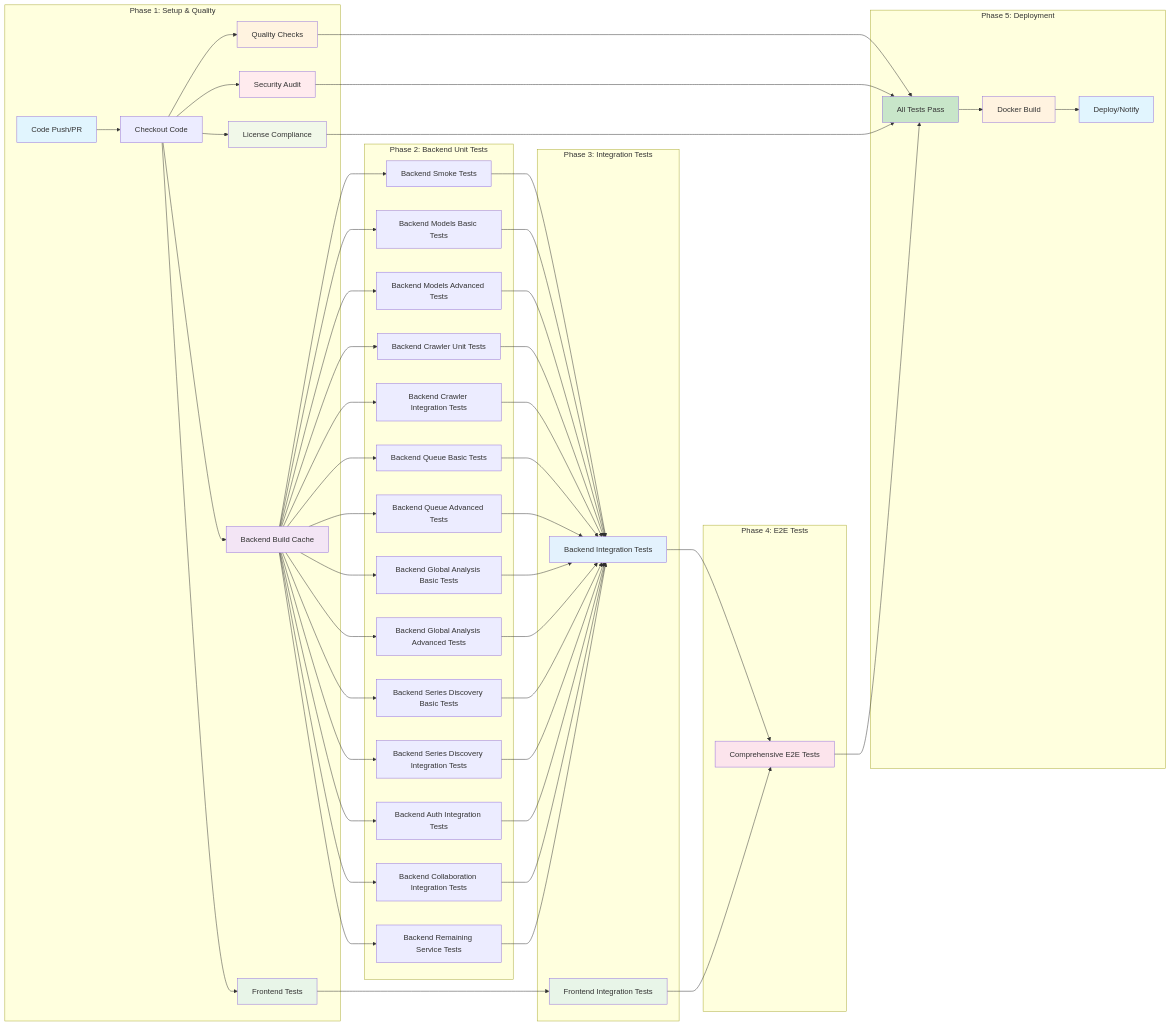
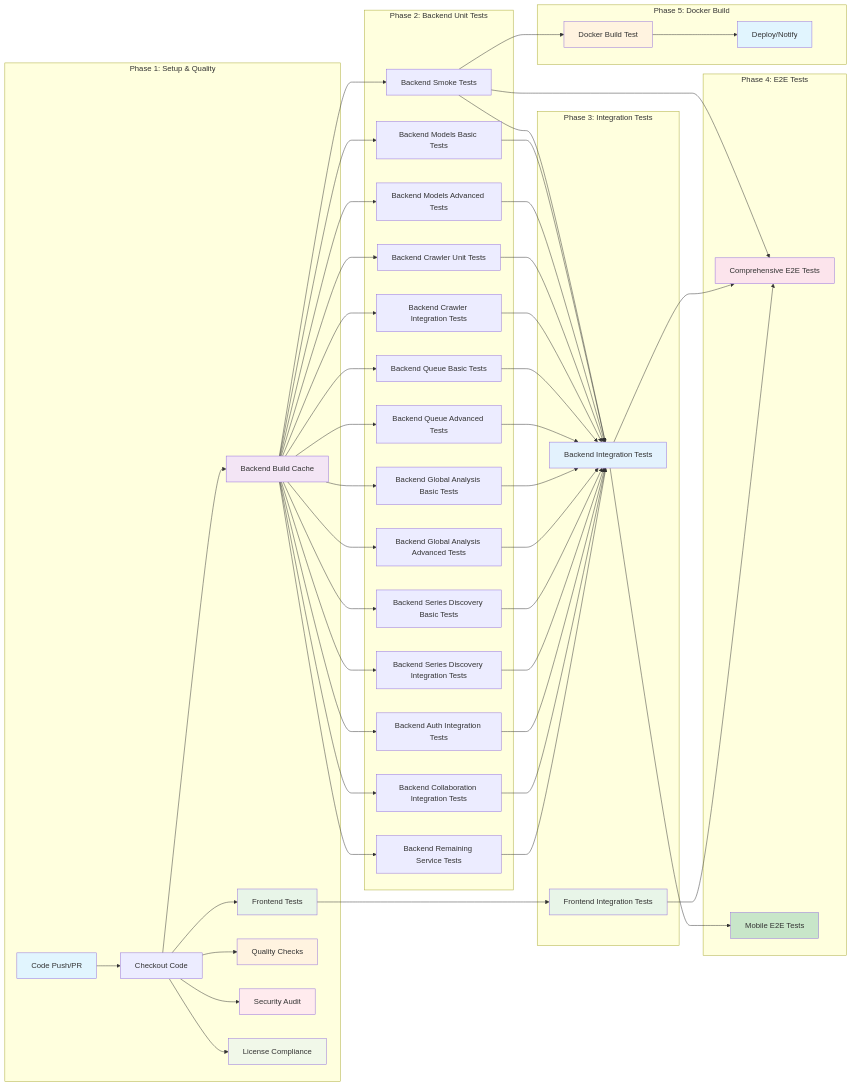
Before and after one commit to jmalicki/econ-graph: the diagram in ci/docs/diagrams/complete-ci-pipeline.mmd, drawn with Mermaid. The commit also changed 4 other files, not shown here.

```diff
--- a/ci/docs/diagrams/complete-ci-pipeline.mmd
+++ b/ci/docs/diagrams/complete-ci-pipeline.mmd
@@ -1,73 +1,70 @@
 graph LR
     subgraph "Phase 1: Setup & Quality"
         A[Code Push/PR] --> B[Checkout Code]
         B --> C[Backend Build Cache]
         B --> D[Frontend Tests]
         B --> E[Quality Checks]
         B --> F[Security Audit]
         B --> G[License Compliance]
     end
 
     subgraph "Phase 2: Backend Unit Tests"
         C --> H[Backend Smoke Tests]
         C --> I[Backend Models Basic Tests]
         C --> J[Backend Models Advanced Tests]
         C --> K[Backend Crawler Unit Tests]
         C --> L[Backend Crawler Integration Tests]
         C --> M[Backend Queue Basic Tests]
         C --> N[Backend Queue Advanced Tests]
         C --> O[Backend Global Analysis Basic Tests]
         C --> P[Backend Global Analysis Advanced Tests]
         C --> Q[Backend Series Discovery Basic Tests]
         C --> R[Backend Series Discovery Integration Tests]
         C --> S[Backend Auth Integration Tests]
         C --> T[Backend Collaboration Integration Tests]
         C --> U[Backend Remaining Service Tests]
     end
 
     subgraph "Phase 3: Integration Tests"
         H --> V[Backend Integration Tests]
         I --> V
         J --> V
         K --> V
         L --> V
         M --> V
         N --> V
         O --> V
         P --> V
         Q --> V
         R --> V
         S --> V
         T --> V
         U --> V
 
         D --> W[Frontend Integration Tests]
     end
 
     subgraph "Phase 4: E2E Tests"
-        V --> X[Comprehensive E2E Tests]
+        H --> X[Comprehensive E2E Tests]
+        V --> X
         W --> X
+        V --> Y[Mobile E2E Tests]
     end
 
-    subgraph "Phase 5: Deployment"
-        E --> Y[All Tests Pass]
-        F --> Y
-        G --> Y
-        X --> Y
-
-        Y --> Z[Docker Build]
+    subgraph "Phase 5: Docker Build"
+        H --> Z[Docker Build Test]
         Z --> AA[Deploy/Notify]
     end
 
     style A fill:#e1f5fe
     style C fill:#f3e5f5
     style D fill:#e8f5e8
     style E fill:#fff3e0
     style F fill:#ffebee
     style G fill:#f1f8e9
     style V fill:#e3f2fd
     style W fill:#e8f5e8
     style X fill:#fce4ec
     style Y fill:#c8e6c9
     style Z fill:#fff3e0
     style AA fill:#e1f5fe
```
